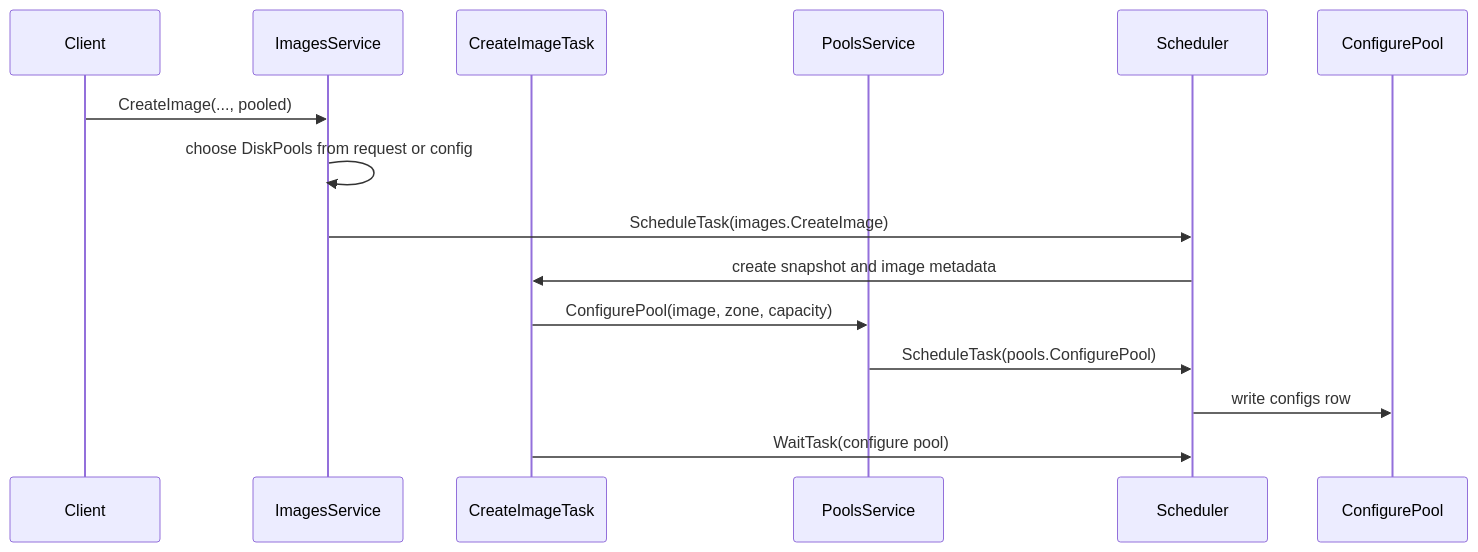
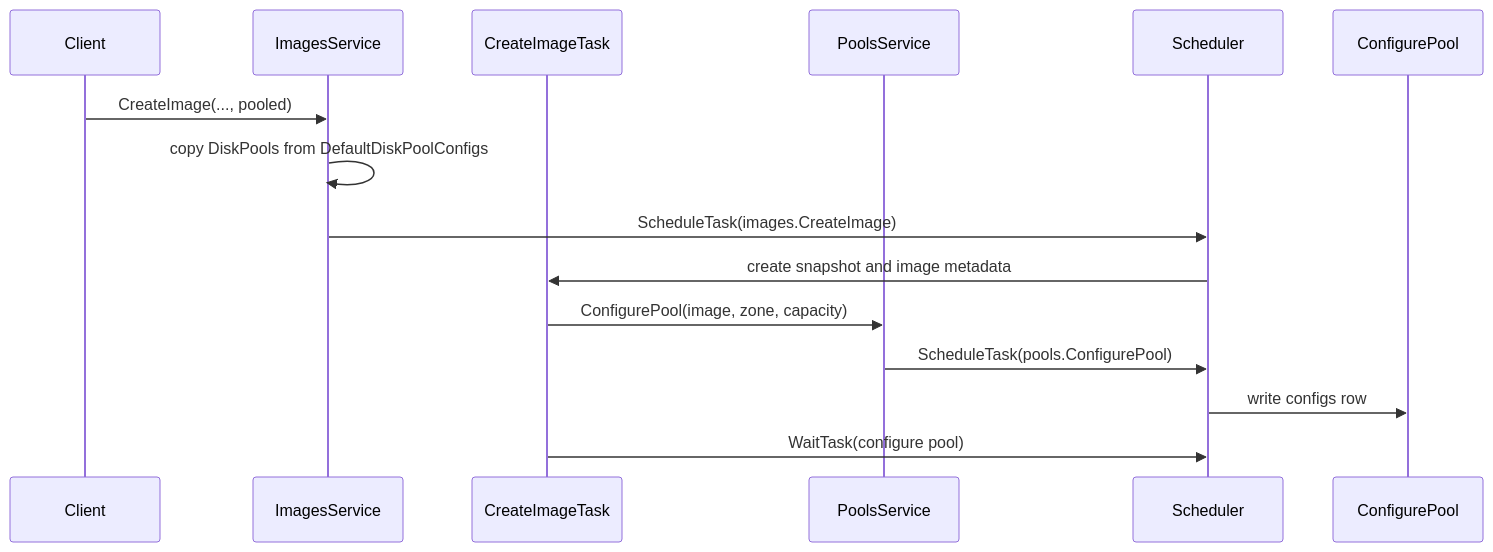
The fourth of 13 diagrams in doc/disk_manager/pools/README.md (ydb-platform/nbs), drawn with Mermaid before and after one commit. The commit also changed other lines of this file, not shown here.

````diff
--- a/doc/disk_manager/pools/README.md
+++ b/doc/disk_manager/pools/README.md
@@ -367,18 +442,18 @@
 ```mermaid
 sequenceDiagram
     participant Client
     participant Images as ImagesService
     participant ImageTask as CreateImageTask
     participant Pools as PoolsService
     participant Scheduler
     participant ConfigureTask as ConfigurePool
 
     Client->>Images: CreateImage(..., pooled)
-    Images->>Images: choose DiskPools from request or config
+    Images->>Images: copy DiskPools from DefaultDiskPoolConfigs
     Images->>Scheduler: ScheduleTask(images.CreateImage)
     Scheduler->>ImageTask: create snapshot and image metadata
     ImageTask->>Pools: ConfigurePool(image, zone, capacity)
     Pools->>Scheduler: ScheduleTask(pools.ConfigurePool)
     Scheduler->>ConfigureTask: write configs row
     ImageTask->>Scheduler: WaitTask(configure pool)
 ```
````
